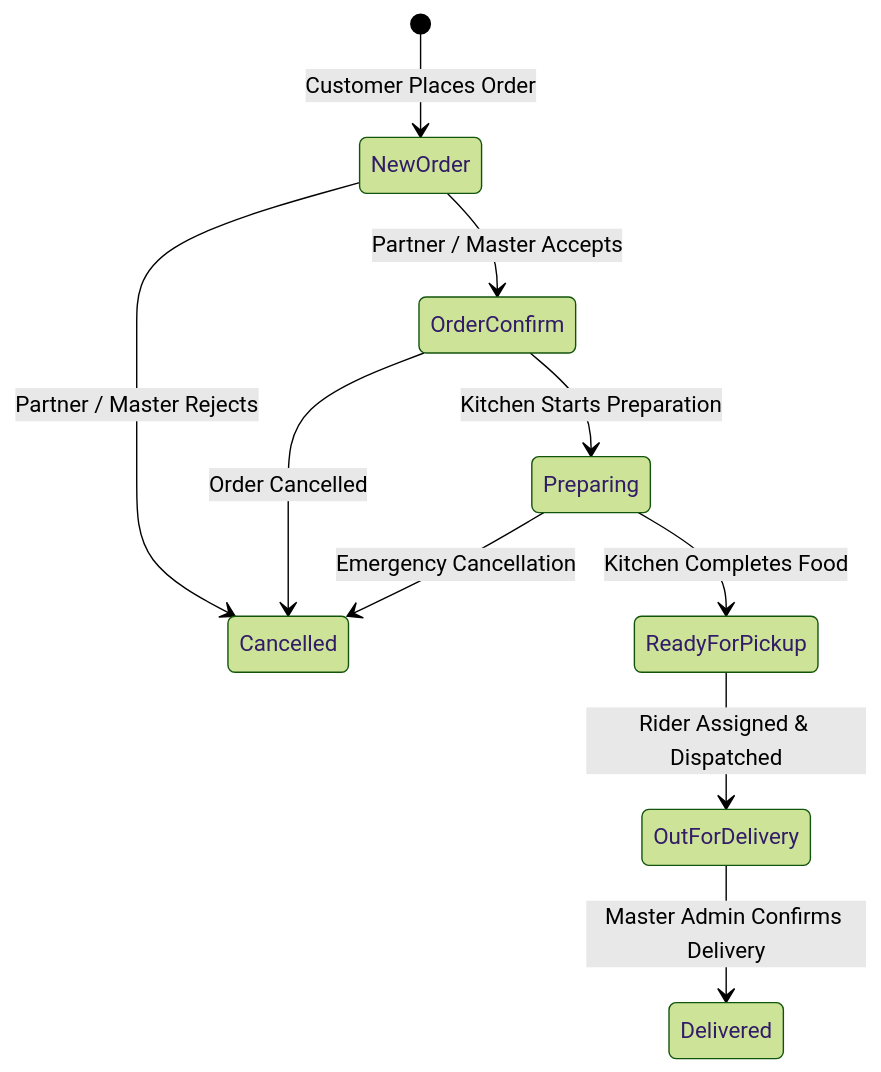
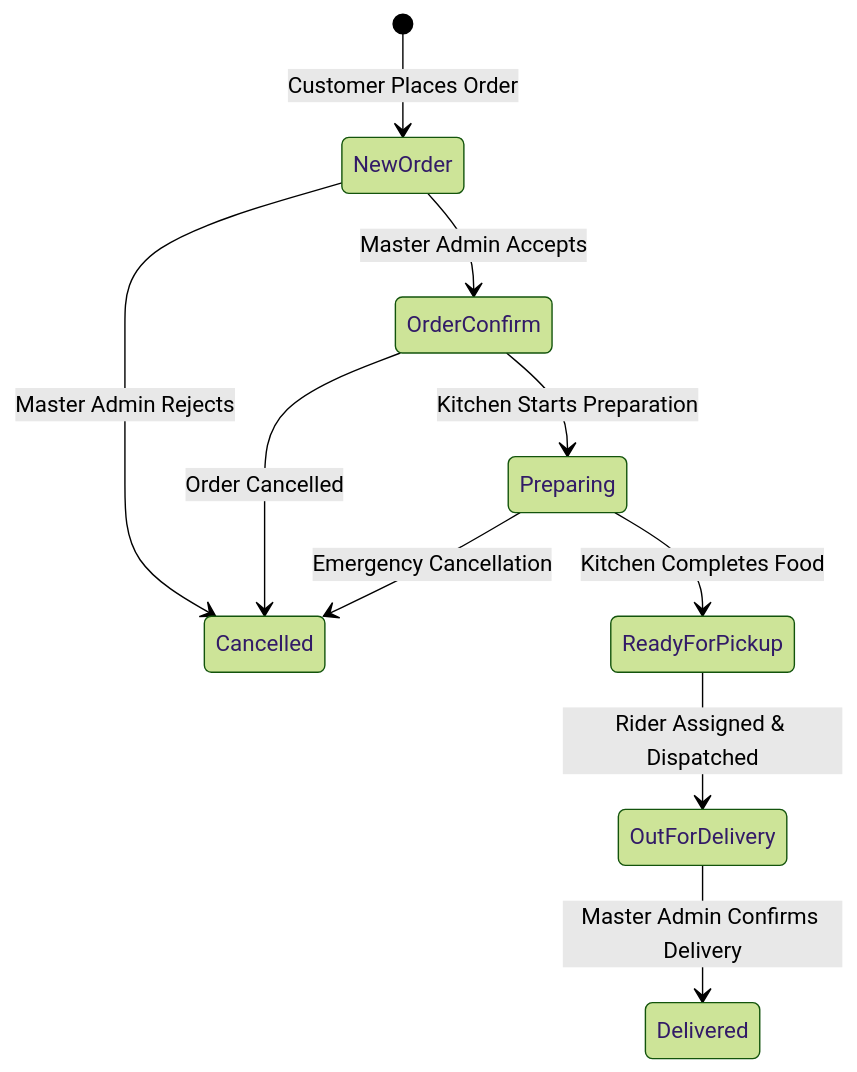
The first of 2 diagrams in docs/BUSINESS_LOGIC.md (Thaiseva-Org/thaiseva-food-portal), drawn with Mermaid (forest theme) before and after one commit. The commit also changed other lines of this file and 98 other files, not shown here.

````diff
--- a/docs/BUSINESS_LOGIC.md
+++ b/docs/BUSINESS_LOGIC.md
@@ -60,12 +59,12 @@
 ```mermaid
 stateDiagram-v2
     [*] --> NewOrder: Customer Places Order
-    NewOrder --> OrderConfirm: Partner / Master Accepts
-    NewOrder --> Cancelled: Partner / Master Rejects
+    NewOrder --> OrderConfirm: Master Admin Accepts
+    NewOrder --> Cancelled: Master Admin Rejects
     OrderConfirm --> Preparing: Kitchen Starts Preparation
     OrderConfirm --> Cancelled: Order Cancelled
     Preparing --> ReadyForPickup: Kitchen Completes Food
     Preparing --> Cancelled: Emergency Cancellation
     ReadyForPickup --> OutForDelivery: Rider Assigned & Dispatched
     OutForDelivery --> Delivered: Master Admin Confirms Delivery
 ```
````
